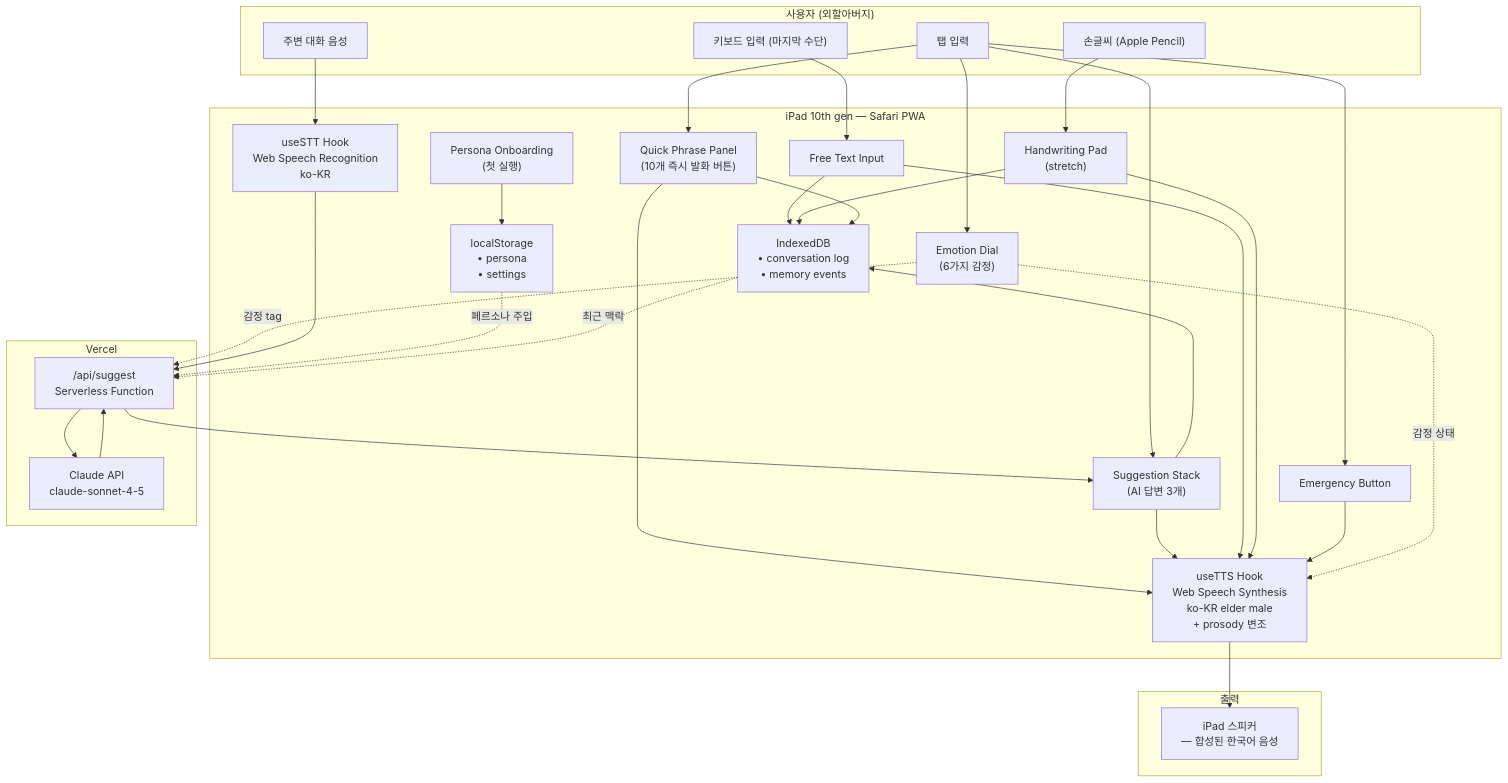
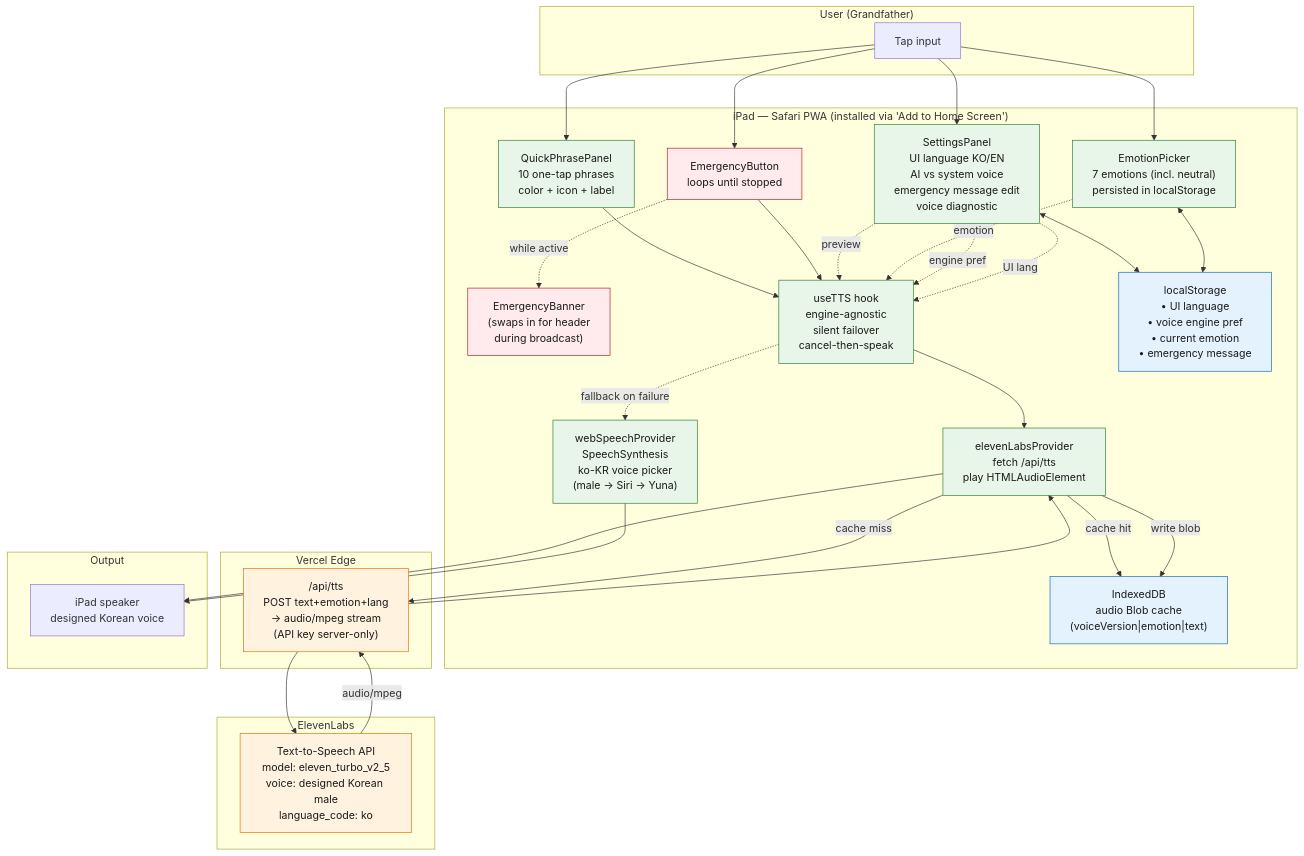
The diagram in architecture.mmd (chanhwi-keyoh/talk-again), drawn with Mermaid before and after one commit. The commit also changed 7 other files, not shown here.

```diff
--- a/architecture.mmd
+++ b/architecture.mmd
@@ -1,68 +1,76 @@
-%% Talk Again — System Architecture
+%% Talk Again — System Architecture (matches what ships in this build)
 %% Render with: https://mermaid.live
 
 flowchart TB
-    subgraph User["사용자 (외할아버지)"]
-        Tap["탭 입력"]
-        Hand["손글씨 (Apple Pencil)"]
-        Voice["주변 대화 음성"]
-        Type["키보드 입력 (마지막 수단)"]
+    subgraph User["User (Grandfather)"]
+        Tap["Tap input"]
     end
 
-    subgraph iPad["iPad 10th gen — Safari PWA"]
-        QP["Quick Phrase Panel<br/>(10개 즉시 발화 버튼)"]
-        ED["Emotion Dial<br/>(6가지 감정)"]
-        SS["Suggestion Stack<br/>(AI 답변 3개)"]
-        FT["Free Text Input"]
-        HP["Handwriting Pad<br/>(stretch)"]
-        EB["Emergency Button"]
-        PO["Persona Onboarding<br/>(첫 실행)"]
+    subgraph iPad["iPad — Safari PWA (installed via 'Add to Home Screen')"]
+        QP["QuickPhrasePanel<br/>10 one-tap phrases<br/>color + icon + label"]
+        EP["EmotionPicker<br/>7 emotions (incl. neutral)<br/>persisted in localStorage"]
+        EB["EmergencyButton<br/>loops until stopped"]
+        EBan["EmergencyBanner<br/>(swaps in for header<br/>during broadcast)"]
+        SP["SettingsPanel<br/>UI language KO/EN<br/>AI vs system voice<br/>emergency message edit<br/>voice diagnostic"]
 
-        TTS["useTTS Hook<br/>Web Speech Synthesis<br/>ko-KR elder male<br/>+ prosody 변조"]
-        STT["useSTT Hook<br/>Web Speech Recognition<br/>ko-KR"]
+        useTTS["useTTS hook<br/>engine-agnostic<br/>silent failover<br/>cancel-then-speak"]
 
-        LS["localStorage<br/>• persona<br/>• settings"]
-        IDB["IndexedDB<br/>• conversation log<br/>• memory events"]
+        EL["elevenLabsProvider<br/>fetch /api/tts<br/>play HTMLAudioElement"]
+        WS["webSpeechProvider<br/>SpeechSynthesis<br/>ko-KR voice picker<br/>(male → Siri → Yuna)"]
+
+        LS["localStorage<br/>• UI language<br/>• voice engine pref<br/>• current emotion<br/>• emergency message"]
+        IDB["IndexedDB<br/>audio Blob cache<br/>(voiceVersion|emotion|text)"]
     end
 
-    subgraph Cloud["Vercel"]
-        API["/api/suggest<br/>Serverless Function"]
-        Anthropic["Claude API<br/>claude-sonnet-4-5"]
+    subgraph Vercel["Vercel Edge"]
+        API["/api/tts<br/>POST text+emotion+lang<br/>→ audio/mpeg stream<br/>(API key server-only)"]
     end
 
-    subgraph Audio["출력"]
-        Speaker["iPad 스피커<br/>— 합성된 한국어 음성"]
+    subgraph EL11["ElevenLabs"]
+        TTS_API["Text-to-Speech API<br/>model: eleven_turbo_v2_5<br/>voice: designed Korean male<br/>language_code: ko"]
+    end
+
+    subgraph Audio["Output"]
+        Speaker["iPad speaker<br/>designed Korean voice"]
     end
 
     Tap --> QP
-    Tap --> ED
-    Tap --> SS
+    Tap --> EP
     Tap --> EB
-    Hand --> HP
-    Voice --> STT
-    Type --> FT
+    Tap --> SP
 
-    QP --> TTS
-    SS --> TTS
-    FT --> TTS
-    HP --> TTS
-    EB --> TTS
+    QP --> useTTS
+    EB --> useTTS
+    SP -. preview .-> useTTS
 
-    ED -.감정 상태.-> TTS
-    ED -.감정 tag.-> API
+    EP -. emotion .-> useTTS
+    SP -. engine pref .-> useTTS
+    SP -. UI lang .-> useTTS
 
-    STT --> API
-    PO --> LS
-    LS -.페르소나 주입.-> API
-    IDB -.최근 맥락.-> API
+    useTTS --> EL
+    useTTS -. fallback on failure .-> WS
 
-    API --> Anthropic
-    Anthropic --> API
-    API --> SS
+    EL -- cache hit --> IDB
+    EL -- cache miss --> API
+    API --> TTS_API
+    TTS_API -- audio/mpeg --> API
+    API --> EL
+    EL -- write blob --> IDB
 
-    TTS --> Speaker
+    EL --> Speaker
+    WS --> Speaker
 
-    SS --> IDB
-    FT --> IDB
-    HP --> IDB
-    QP --> IDB
+    EB -. while active .-> EBan
+
+    SP <--> LS
+    EP <--> LS
+
+    classDef shipped fill:#E8F5E9,stroke:#2E7D32,color:#1A1A1A
+    classDef external fill:#FFF3E0,stroke:#EF6C00,color:#1A1A1A
+    classDef storage fill:#E3F2FD,stroke:#1565C0,color:#1A1A1A
+    classDef emergency fill:#FFEBEE,stroke:#B71C1C,color:#1A1A1A
+
+    class QP,EP,SP,useTTS,EL,WS shipped
+    class EB,EBan emergency
+    class API,TTS_API external
+    class LS,IDB storage
```
